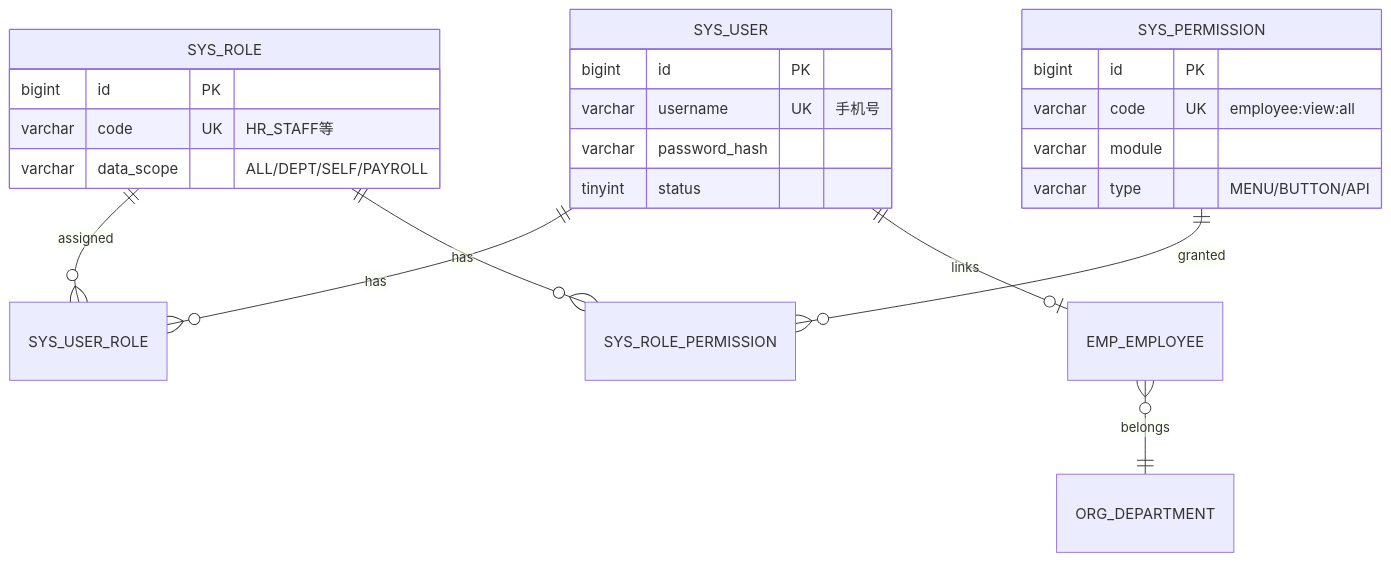
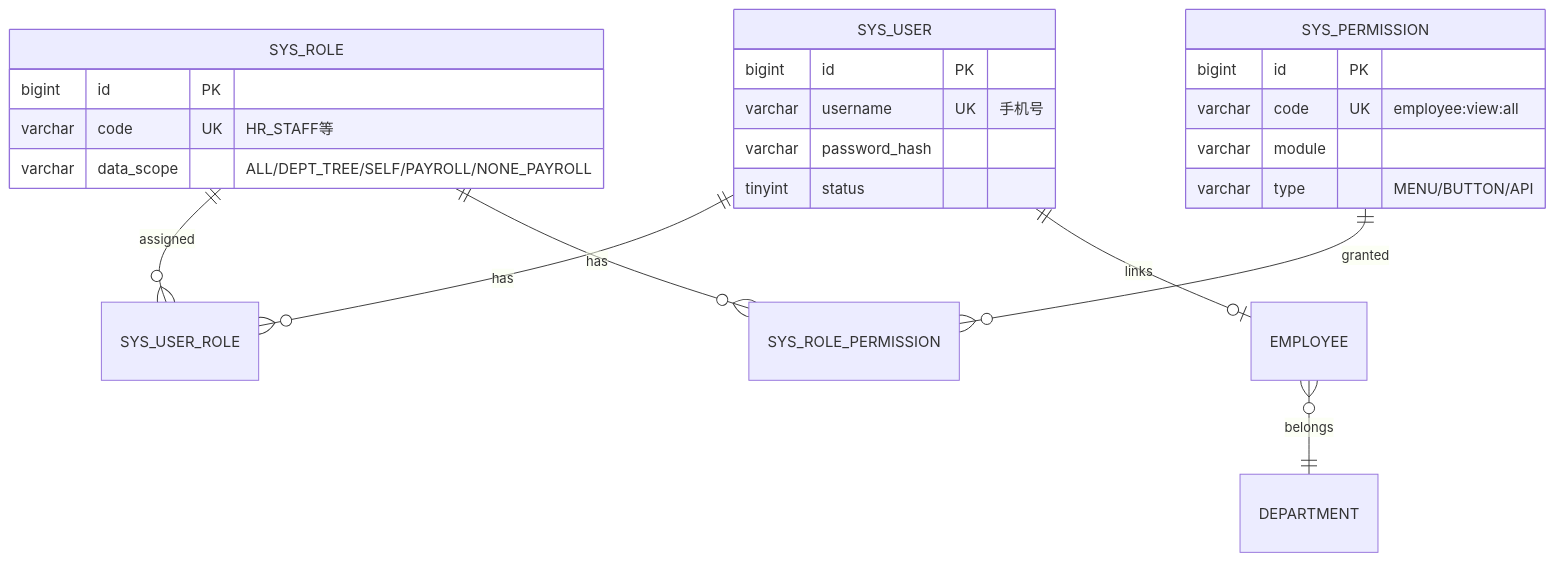
The fifth of 16 diagrams in HRMS-Backend-System-Design.md (fwl623/hrmini), drawn with Mermaid before and after one commit. The commit also changed other lines of this file and 15 other files, not shown here.

````diff
--- a/HRMS-Backend-System-Design.md
+++ b/HRMS-Backend-System-Design.md
@@ -1709,27 +1843,27 @@
 ```mermaid
 erDiagram
     SYS_USER ||--o{ SYS_USER_ROLE : has
     SYS_ROLE ||--o{ SYS_USER_ROLE : assigned
     SYS_ROLE ||--o{ SYS_ROLE_PERMISSION : has
     SYS_PERMISSION ||--o{ SYS_ROLE_PERMISSION : granted
-    SYS_USER ||--o| EMP_EMPLOYEE : links
-    EMP_EMPLOYEE }o--|| ORG_DEPARTMENT : belongs
+    SYS_USER ||--o| EMPLOYEE : links
+    EMPLOYEE }o--|| DEPARTMENT : belongs
 
     SYS_USER {
         bigint id PK
         varchar username UK "手机号"
         varchar password_hash
         tinyint status
     }
     SYS_ROLE {
         bigint id PK
         varchar code UK "HR_STAFF等"
-        varchar data_scope "ALL/DEPT/SELF/PAYROLL"
+        varchar data_scope "ALL/DEPT_TREE/SELF/PAYROLL/NONE_PAYROLL"
     }
     SYS_PERMISSION {
         bigint id PK
         varchar code UK "employee:view:all"
         varchar module
         varchar type "MENU/BUTTON/API"
     }
 ```
````
